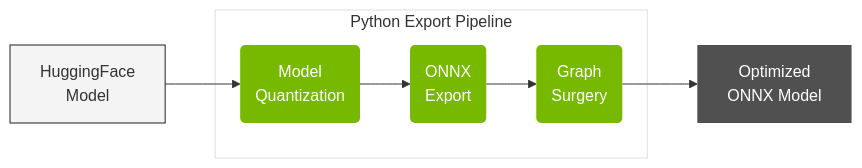
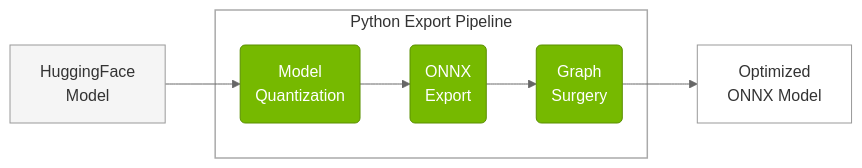
The second of 3 diagrams in docs/source/developer_guide/03.1_Python_Export_Pipeline.md (ConstBob/TensorRT-Edge-LLM), drawn with Mermaid before and after one commit. The commit also changed other lines of this file and 20 other files, not shown here.

````diff
--- a/docs/source/developer_guide/03.1_Python_Export_Pipeline.md
+++ b/docs/source/developer_guide/03.1_Python_Export_Pipeline.md
@@ -65,32 +48,32 @@
 ```mermaid
-%%{init: {'themeVariables': {'edgeLabelBackground': 'white'}}}%%
+%%{init: {'theme':'neutral', 'themeVariables': {'primaryColor':'#76B900','primaryTextColor':'#fff','primaryBorderColor':'#5a8f00','lineColor':'#666','edgeLabelBackground':'#ffffff','labelTextColor':'#000','clusterBkg':'#ffffff','clusterBorder':'#999'}}}%%
 
 graph LR
     HF_MODEL[HuggingFace<br>Model]
     QUANTIZATION(Model<br>Quantization)
     ONNX_EXPORT(ONNX<br>Export)
     GRAPH_SURGERY(Graph<br>Surgery)
     ONNX_OUTPUT[Optimized<br>ONNX Model]
     
     subgraph EXPORT_TOOLS ["Python Export Pipeline"]
         QUANTIZATION
         ONNX_EXPORT
         GRAPH_SURGERY
     end
     
     HF_MODEL --> QUANTIZATION
     QUANTIZATION --> ONNX_EXPORT
     ONNX_EXPORT --> GRAPH_SURGERY
     GRAPH_SURGERY --> ONNX_OUTPUT
 
-    classDef greyNode fill:#f4f4f4, stroke-width:0px
-    classDef nvNode fill:#76B900, stroke-width:0px, color:#ffffff
-    classDef darkNode fill:#505050, stroke-width:0px, color:#ffffff
-    classDef inputNode fill:#f4f4f4, stroke: #202020
-    classDef lightSubGraph fill:#ffffff, stroke:#e0e0e0
+    classDef greyNode fill:#f5f5f5,stroke:#999,stroke-width:1px,color:#333
+    classDef nvNode fill:#76B900,stroke:#5a8f00,stroke-width:1px,color:#fff
+    classDef darkNode fill:#ffffff,stroke:#999,stroke-width:1px,color:#333
+    classDef inputNode fill:#f5f5f5,stroke:#999,stroke-width:1px,color:#333
+    classDef lightSubGraph fill:none,stroke:#aaa,stroke-width:1.5px
 
     class HF_MODEL inputNode
     class ONNX_OUTPUT darkNode
     class QUANTIZATION,ONNX_EXPORT,GRAPH_SURGERY nvNode
     class EXPORT_TOOLS lightSubGraph
 ```
````
